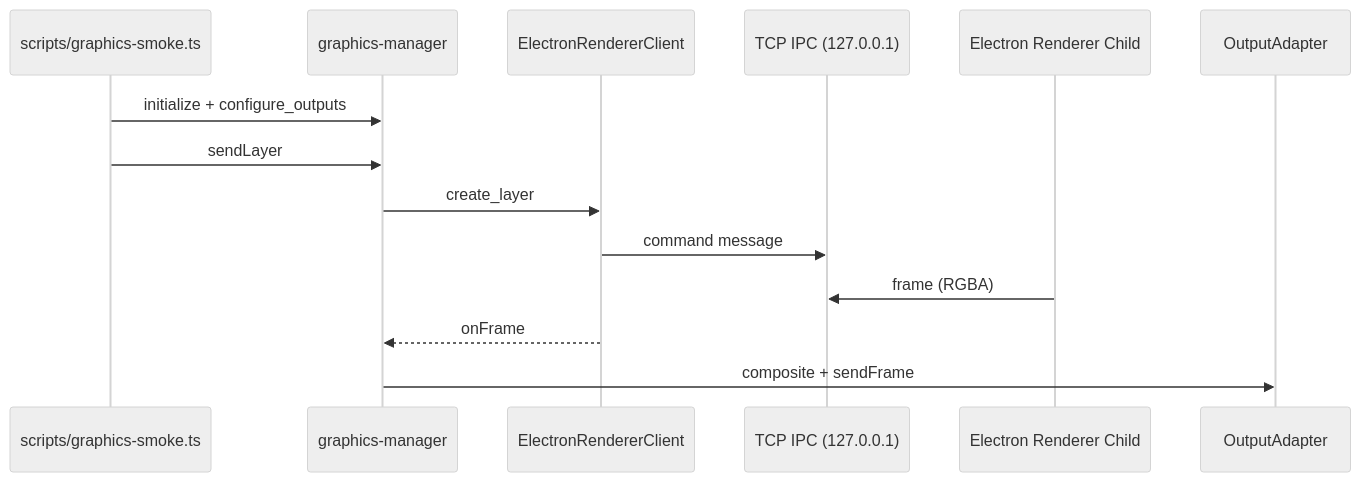
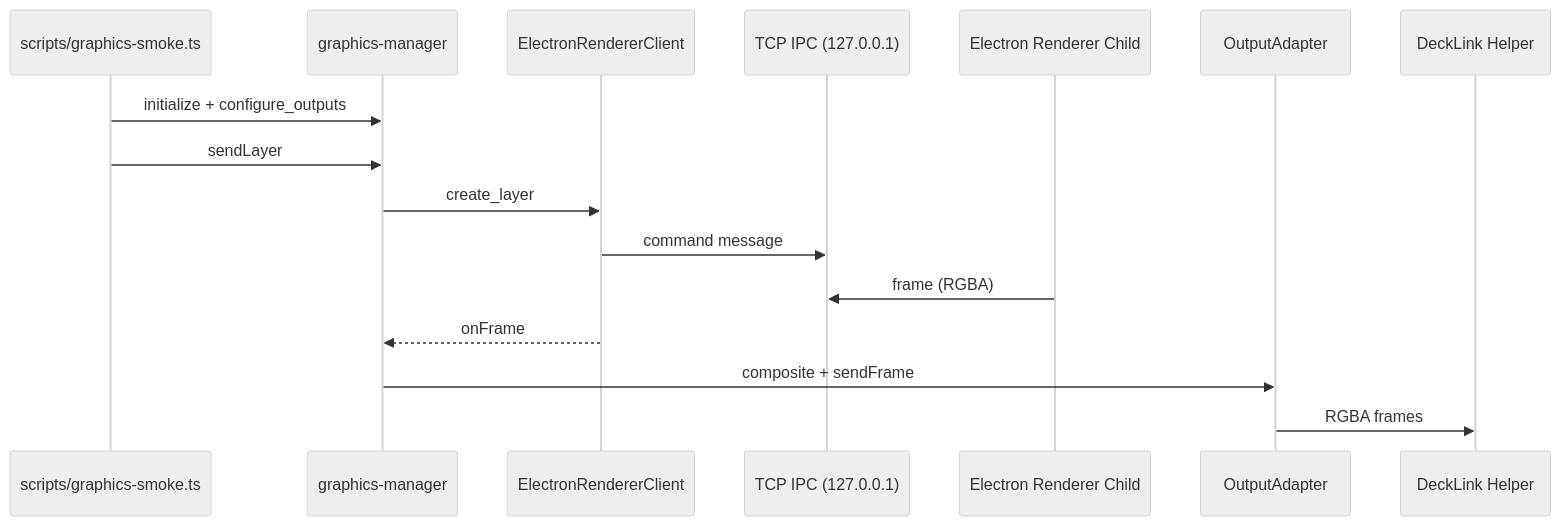
Before and after one commit to pivotrecruiting/broadify-bridge: the first of 3 diagrams in docs/graphics/graphics-dataflow-overview.md, drawn with Mermaid (neutral theme). The commit also changed other lines of this file and 11 other files, not shown here.

````diff
--- a/docs/graphics/graphics-dataflow-overview.md
+++ b/docs/graphics/graphics-dataflow-overview.md
@@ -5,17 +5,19 @@
 ```mermaid
 sequenceDiagram
   participant Script as scripts/graphics-smoke.ts
   participant Graphics as graphics-manager
   participant Renderer as ElectronRendererClient
   participant IPC as TCP IPC (127.0.0.1)
   participant Child as Electron Renderer Child
   participant Output as OutputAdapter
+  participant Helper as DeckLink Helper
 
   Script->>Graphics: initialize + configure_outputs
   Script->>Graphics: sendLayer
   Graphics->>Renderer: create_layer
   Renderer->>IPC: command message
   Child->>IPC: frame (RGBA)
   Renderer-->>Graphics: onFrame
   Graphics->>Output: composite + sendFrame
+  Output->>Helper: RGBA frames
 ```
````
